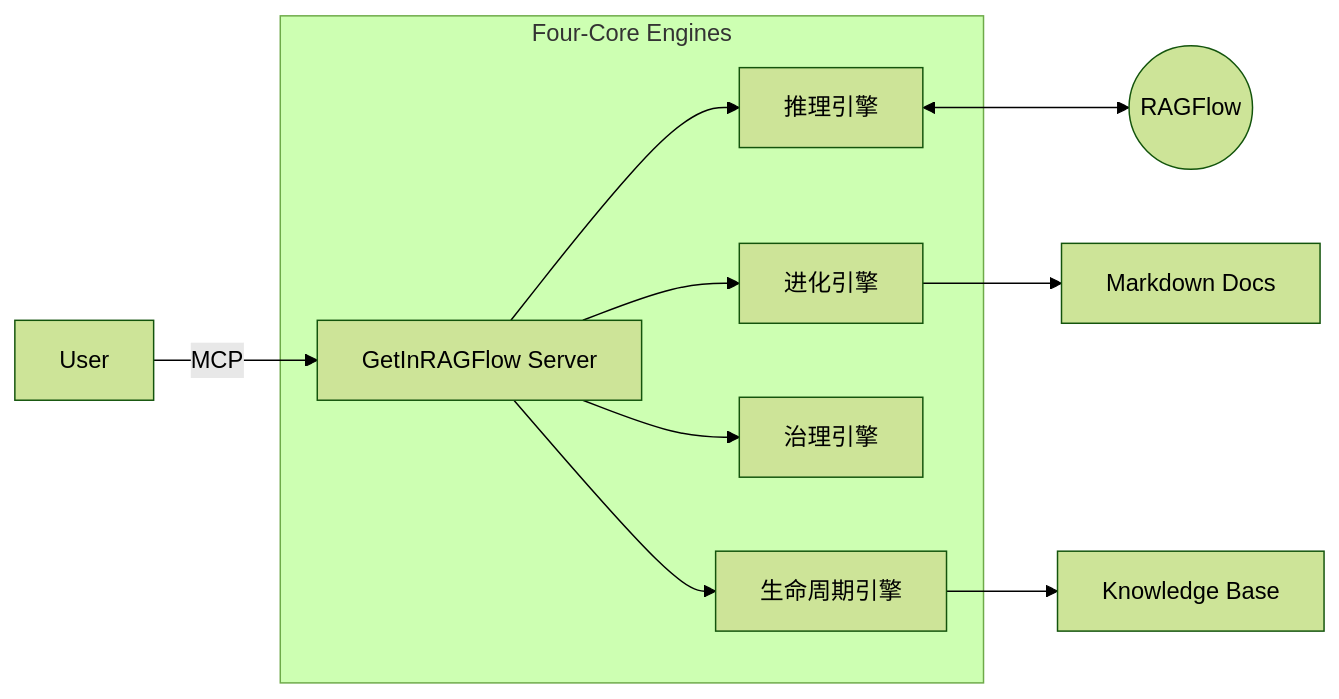
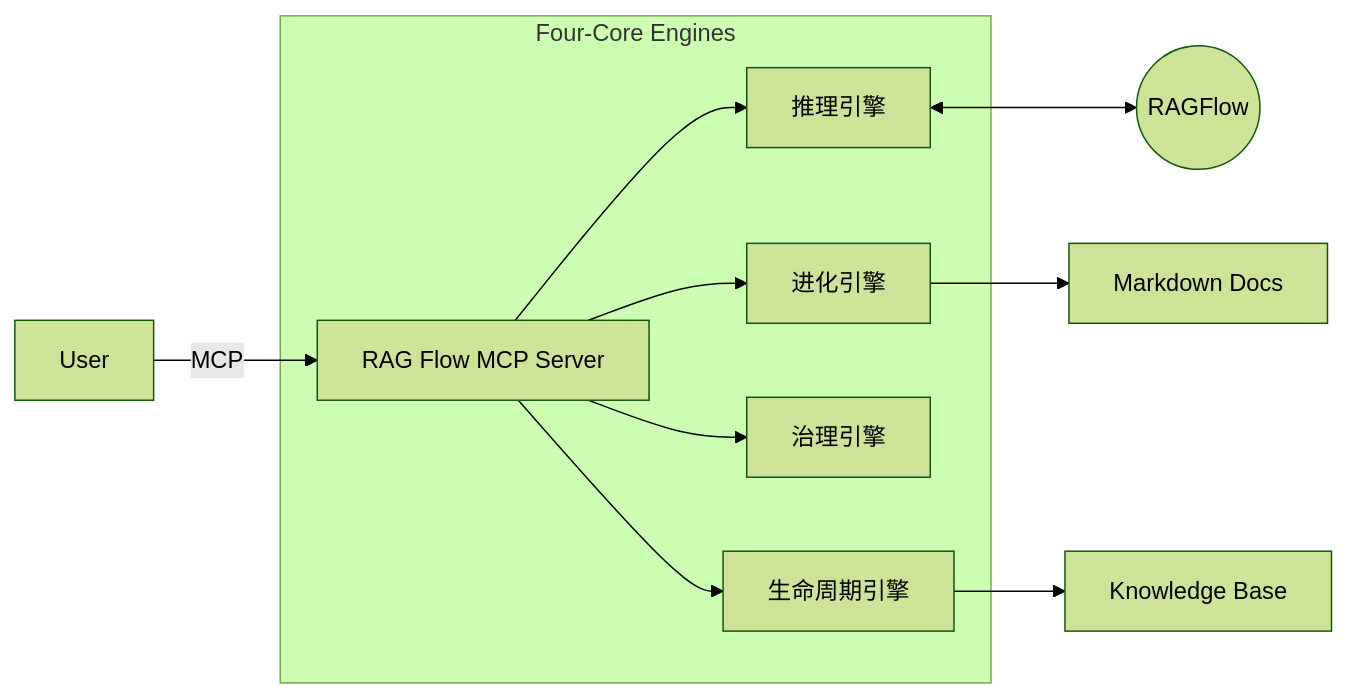
The diagram in docs/rag_flow_mcp/Readme.md (demo112/Try_make_mcp), drawn with Mermaid (forest theme) before and after one commit. The commit also changed other lines of this file and 29 other files, not shown here.

````diff
--- a/docs/rag_flow_mcp/Readme.md
+++ b/docs/rag_flow_mcp/Readme.md
@@ -26,15 +26,15 @@
 ```mermaid
 graph LR
-    User -->|MCP| Server[GetInRAGFlow Server]
+    User -->|MCP| Server[RAG Flow MCP Server]
     
     subgraph "Four-Core Engines"
         Server --> Inference[推理引擎]
         Server --> Evolution[进化引擎]
         Server --> Governance[治理引擎]
         Server --> Lifecycle[生命周期引擎]
     end
     
     Inference <--> RAG((RAGFlow))
     Evolution --> Docs[Markdown Docs]
     Lifecycle --> KB[Knowledge Base]
 ```
````
